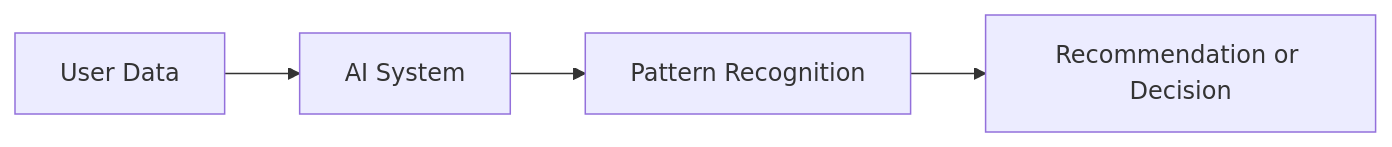
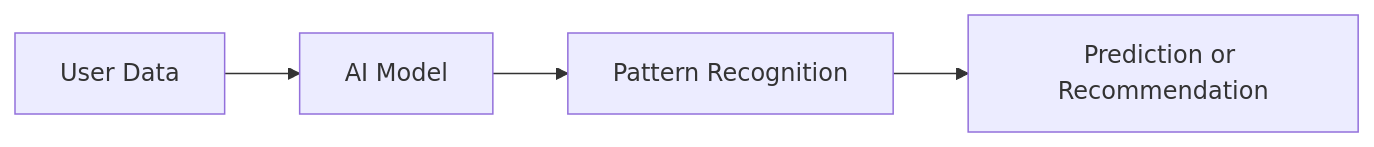
The diagram in docs/01-AI-Fundamentals/01-artificial-intelligence.md (subramanyamanjegowda/AI-From-Zero-to-Production), drawn with Mermaid before and after one commit. The commit also changed other lines of this file, not shown here.

````diff
--- a/docs/01-AI-Fundamentals/01-artificial-intelligence.md
+++ b/docs/01-AI-Fundamentals/01-artificial-intelligence.md
@@ -25,6 +56,6 @@
 ```mermaid
 flowchart LR
-    A[User Data] --> B[AI System]
+    A[User Data] --> B[AI Model]
     B --> C[Pattern Recognition]
-    C --> D[Recommendation or Decision]
+    C --> D[Prediction or Recommendation]
 ```
````
